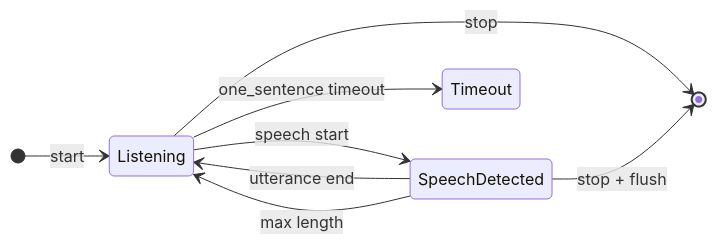
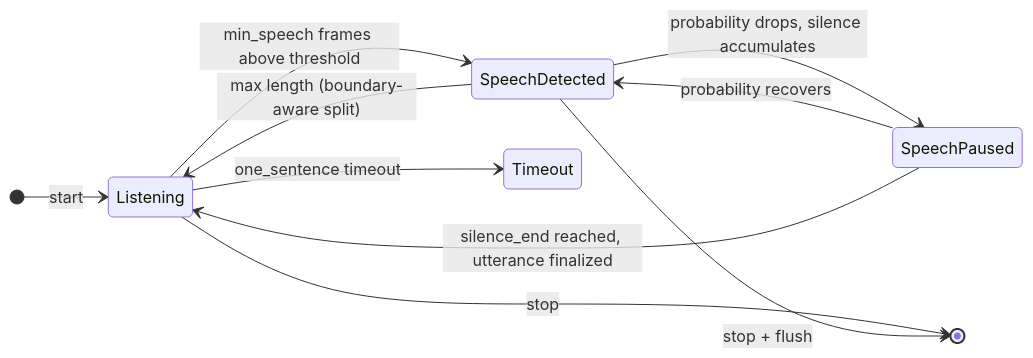
Before and after one commit to brittain9/obsidian-local-speech-to-text: the fifth of 8 diagrams in docs/architecture/system-architecture.md, drawn with Mermaid. The commit also changed other lines of this file and 2 other files, not shown here.

````diff
--- a/docs/architecture/system-architecture.md
+++ b/docs/architecture/system-architecture.md
@@ -176,12 +176,14 @@
 ```mermaid
 stateDiagram-v2
     direction LR
 
     [*] --> Listening : start
-    Listening --> SpeechDetected : speech start
-    SpeechDetected --> Listening : utterance end
-    SpeechDetected --> Listening : max length
+    Listening --> SpeechDetected : min_speech frames above threshold
+    SpeechDetected --> SpeechPaused : probability drops, silence accumulates
+    SpeechPaused --> SpeechDetected : probability recovers
+    SpeechPaused --> Listening : silence_end reached, utterance finalized
+    SpeechDetected --> Listening : max length (boundary-aware split)
     Listening --> [*] : stop
     SpeechDetected --> [*] : stop + flush
     Listening --> Timeout : one_sentence timeout
 ```
````
